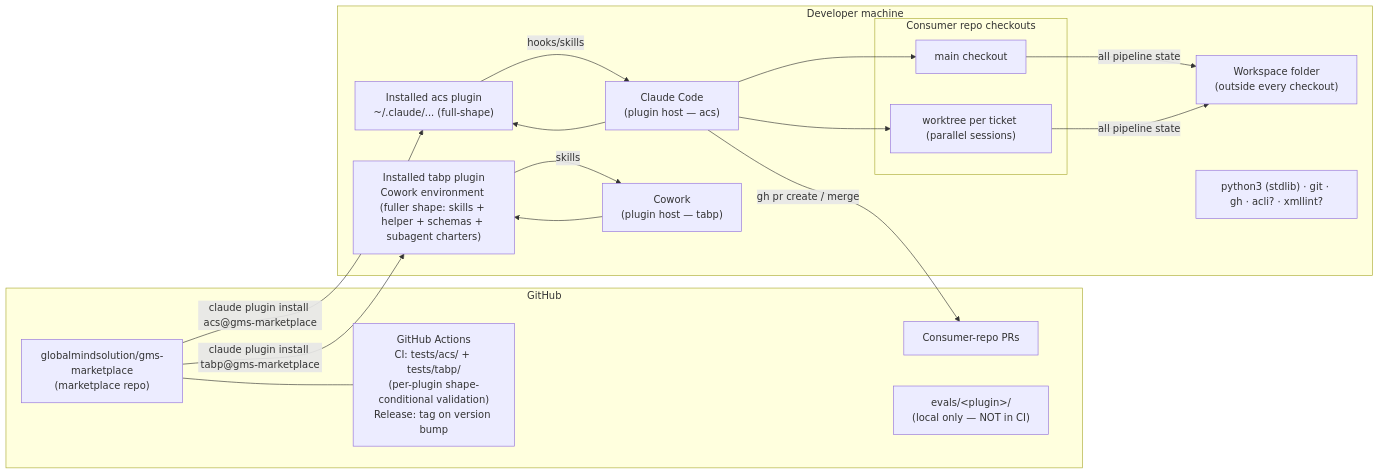
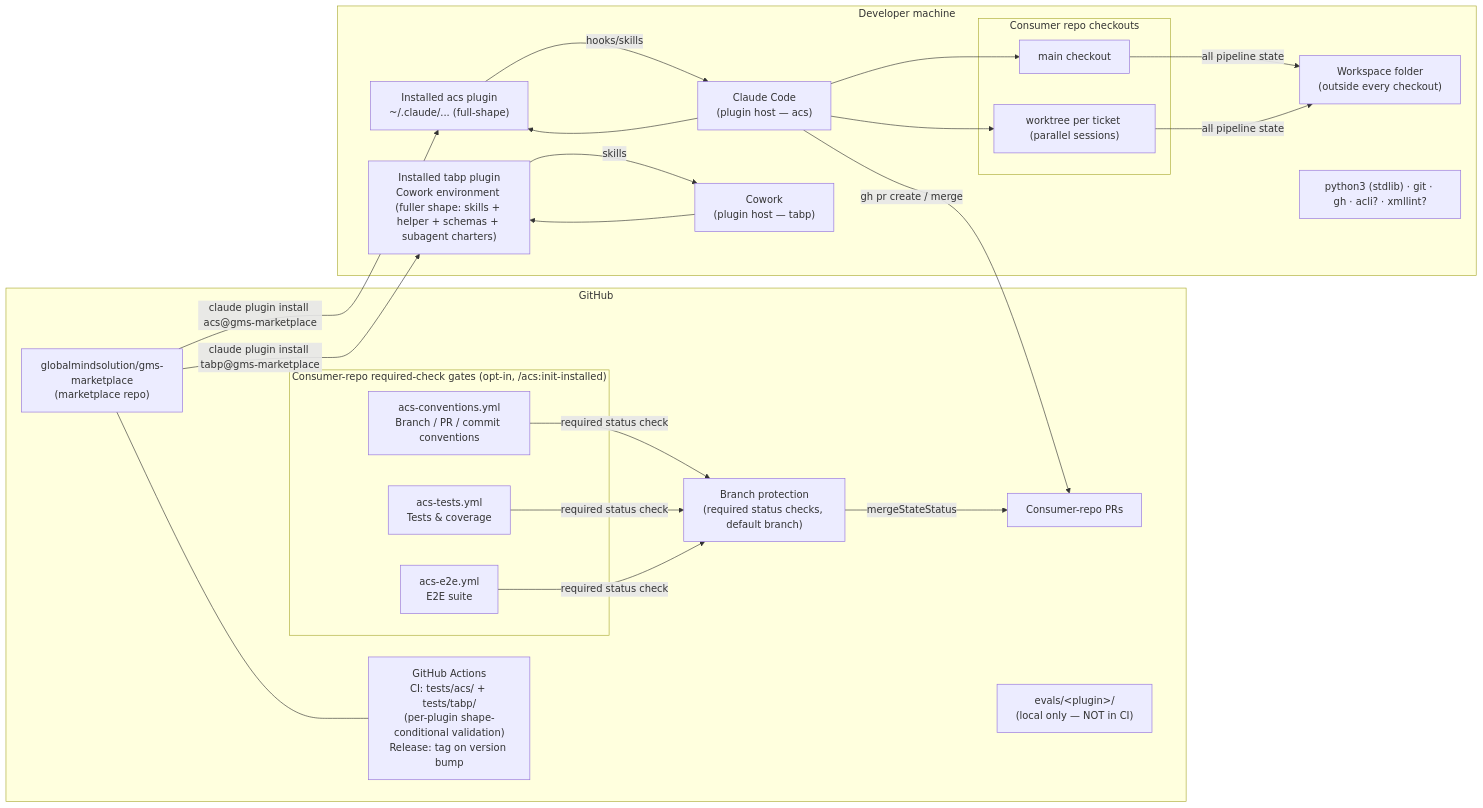
One commit to globalmindsolution/gms-marketplace changed the diagram in docs/architecture/hld/deployment.md. Above: the diagram before and after it, drawn with Mermaid. The commit also changed other lines of this file and 18 other files, not shown here.

Commit message:
[#240] Required e2e merge gate (#243)

````diff
--- a/docs/architecture/hld/deployment.md
+++ b/docs/architecture/hld/deployment.md
@@ -3,33 +3,41 @@
 ```mermaid
 flowchart LR
     subgraph github["GitHub"]
         MR["globalmindsolution/gms-marketplace<br/>(marketplace repo)"]
         ACT["GitHub Actions<br/>CI: tests/acs/ + tests/tabp/<br/>(per-plugin shape-conditional validation)<br/>Release: tag on version bump"]
         PRS["Consumer-repo PRs"]
         EVALS["evals/&lt;plugin&gt;/<br/>(local only — NOT in CI)"]
+        subgraph gates["Consumer-repo required-check gates (opt-in, /acs:init-installed)"]
+            G_CONV["acs-conventions.yml<br/>Branch / PR / commit conventions"]
+            G_TEST["acs-tests.yml<br/>Tests & coverage"]
+            G_E2E["acs-e2e.yml<br/>E2E suite"]
+        end
+        BP["Branch protection<br/>(required status checks, default branch)"]
     end
 
     subgraph machine["Developer machine"]
         CC["Claude Code<br/>(plugin host — acs)"]
         CW["Cowork<br/>(plugin host — tabp)"]
         PI_ACS["Installed acs plugin<br/>~/.claude/... (full-shape)"]
         PI_TABP["Installed tabp plugin<br/>Cowork environment (fuller shape: skills + helper + schemas + subagent charters)"]
         subgraph checkouts["Consumer repo checkouts"]
             CO1["main checkout"]
             CO2["worktree per ticket (parallel sessions)"]
         end
         WS["Workspace folder<br/>(outside every checkout)"]
         PY["python3 (stdlib) · git · gh · acli? · xmllint?"]
     end
 
     MR -- "claude plugin install acs@gms-marketplace" --> PI_ACS
     MR -- "claude plugin install tabp@gms-marketplace" --> PI_TABP
     MR --- ACT
     CC --> PI_ACS
     PI_ACS -- hooks/skills --> CC
     CW --> PI_TABP
     PI_TABP -- skills --> CW
     CC --> CO1 & CO2
     CO1 & CO2 -- "all pipeline state" --> WS
     CC -- "gh pr create / merge" --> PRS
+    G_CONV & G_TEST & G_E2E -- "required status check" --> BP
+    BP -- "mergeStateStatus" --> PRS
 ```
````
